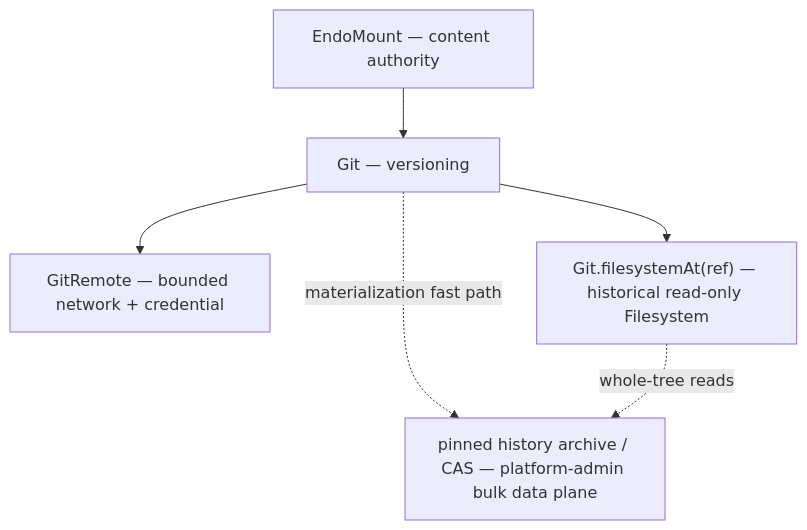
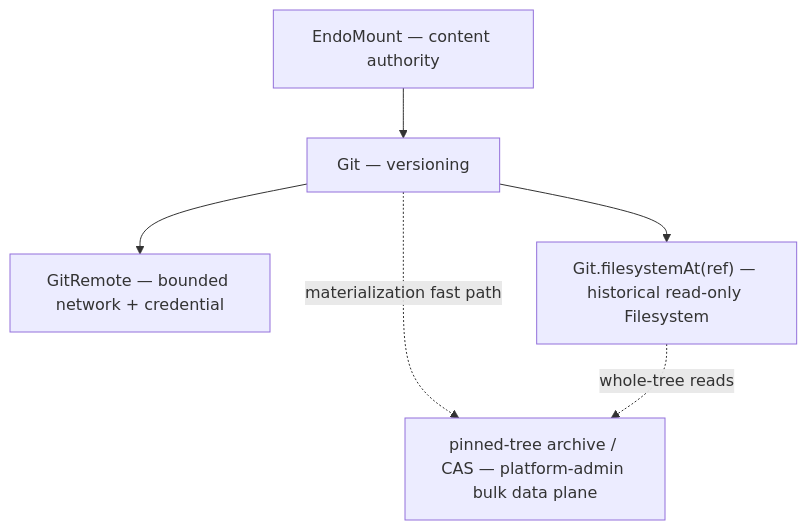
The diagram in designs/daemon-git-next-steps.md (endojs/endo-but-for-bots), drawn with Mermaid before and after one commit. The commit also changed other lines of this file and 1 other file, not shown here.

First line of the commit message:
docs(designs): rename tree(ref)->filesystemAt; drop the invented "Git history"

````diff
--- a/designs/daemon-git-next-steps.md
+++ b/designs/daemon-git-next-steps.md
@@ -55,14 +55,14 @@
 ```mermaid
 flowchart TD
   mount["EndoMount — content authority"]
   git["Git — versioning"]
   remote["GitRemote — bounded network + credential"]
   hist["Git.filesystemAt(ref) — historical read-only Filesystem"]
-  bulk["pinned history archive / CAS — platform-admin bulk data plane"]
+  bulk["pinned-tree archive / CAS — platform-admin bulk data plane"]
 
   mount --> git
   git --> remote
   git --> hist
   git -.->|materialization fast path| bulk
   hist -.->|whole-tree reads| bulk
 ```
````
